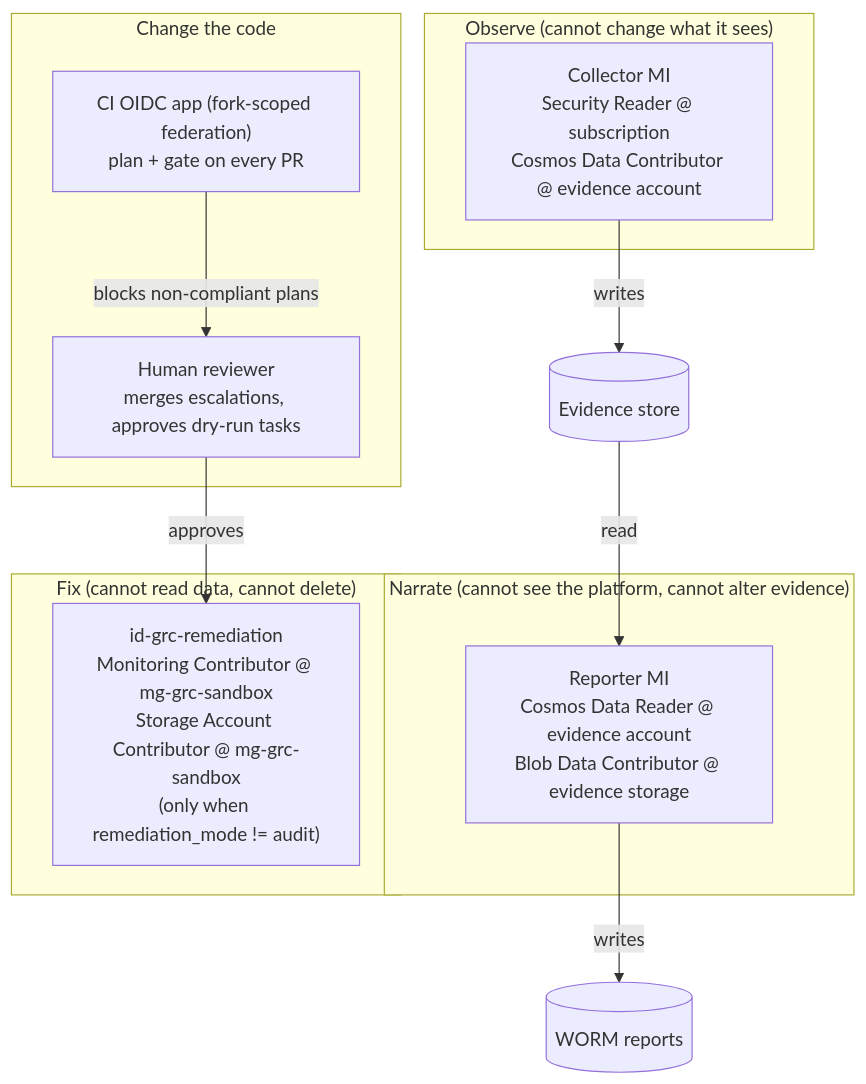
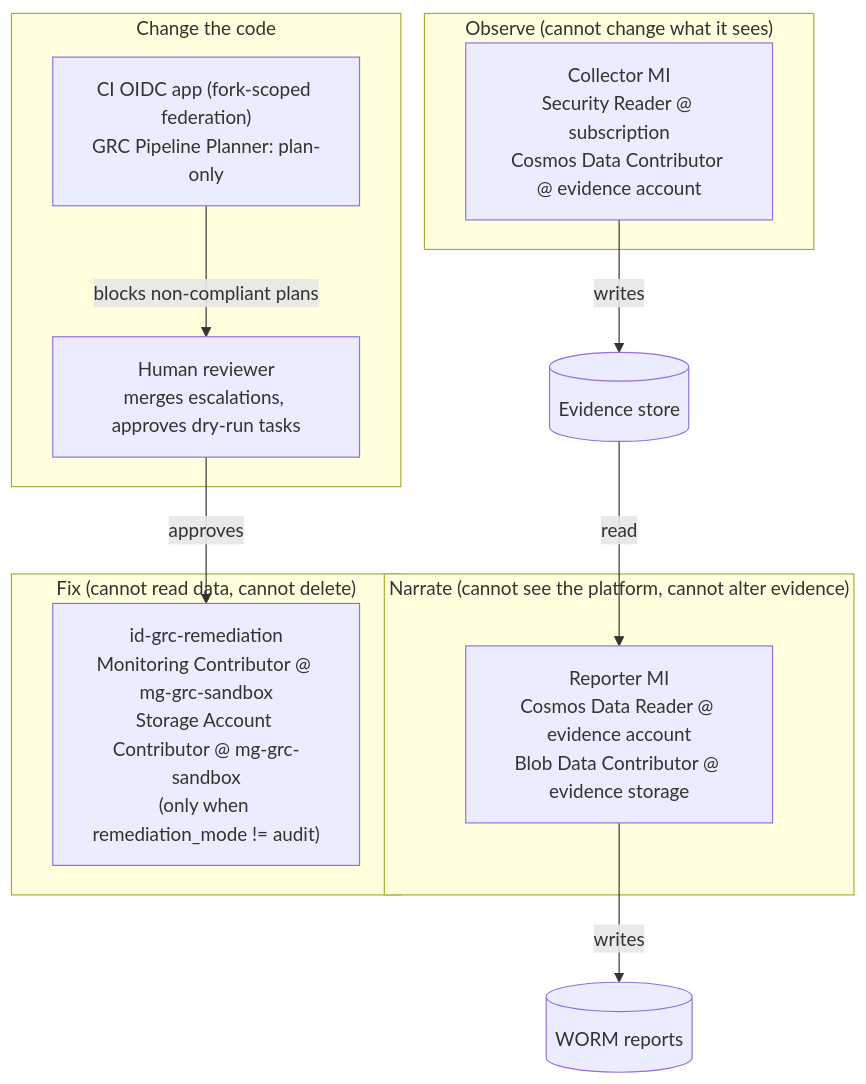
The second of 2 diagrams in docs/ARCHITECTURE.md (oindeed/cgeaz), drawn with Mermaid before and after one commit. The commit also changed other lines of this file and 8 other files, not shown here.

First line of the commit message:
Harden the CI identity: plan-only role, pinned gate, named deployer

````diff
--- a/docs/ARCHITECTURE.md
+++ b/docs/ARCHITECTURE.md
@@ -60,22 +60,22 @@
 ```mermaid
 flowchart TB
     subgraph Observe["Observe (cannot change what it sees)"]
         C["Collector MI<br/>Security Reader @ subscription<br/>Cosmos Data Contributor @ evidence account"]
     end
     subgraph Narrate["Narrate (cannot see the platform, cannot alter evidence)"]
         R["Reporter MI<br/>Cosmos Data Reader @ evidence account<br/>Blob Data Contributor @ evidence storage"]
     end
     subgraph Fix["Fix (cannot read data, cannot delete)"]
         X["id-grc-remediation<br/>Monitoring Contributor @ mg-grc-sandbox<br/>Storage Account Contributor @ mg-grc-sandbox<br/>(only when remediation_mode != audit)"]
     end
     subgraph Change["Change the code"]
-        CI["CI OIDC app (fork-scoped federation)<br/>plan + gate on every PR"]
+        CI["CI OIDC app (fork-scoped federation)<br/>GRC Pipeline Planner: plan-only"]
         H["Human reviewer<br/>merges escalations, approves dry-run tasks"]
     end
 
     C -- writes --> E[("Evidence store")]
     E -- read --> R
     R -- writes --> W[("WORM reports")]
     H -- approves --> X
     CI -- "blocks non-compliant plans" --> H
 ```
````
